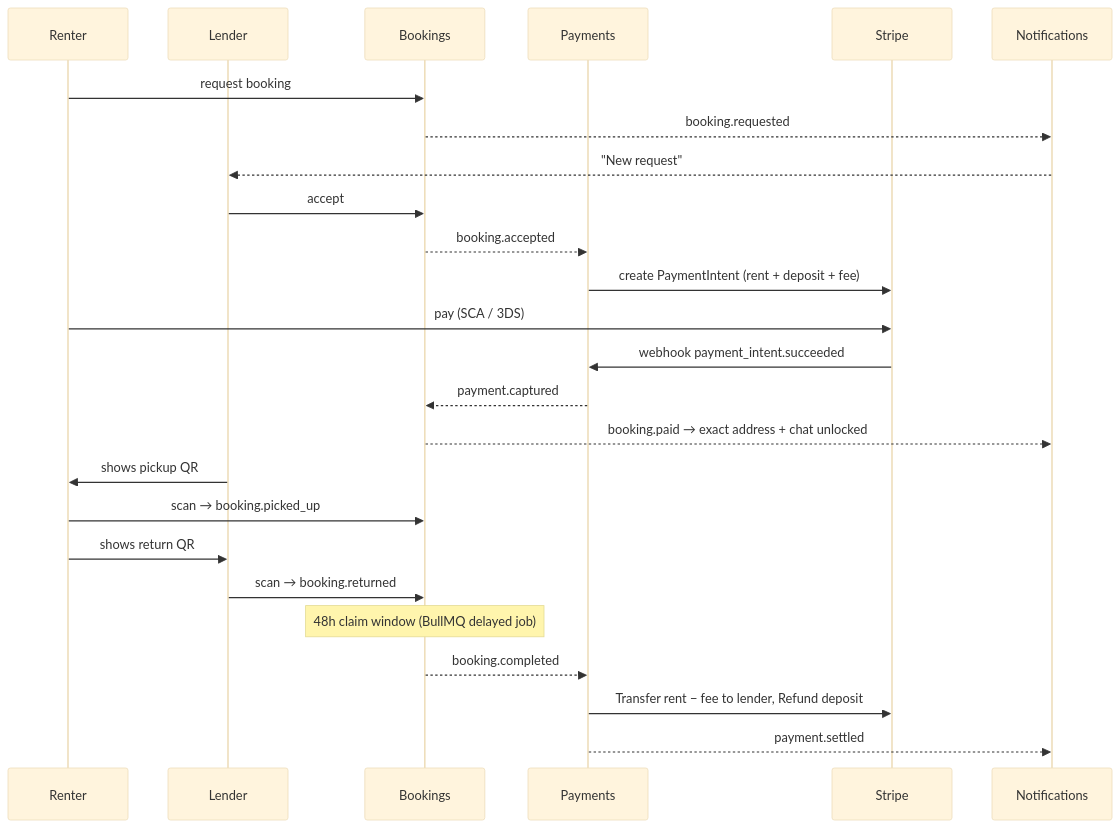
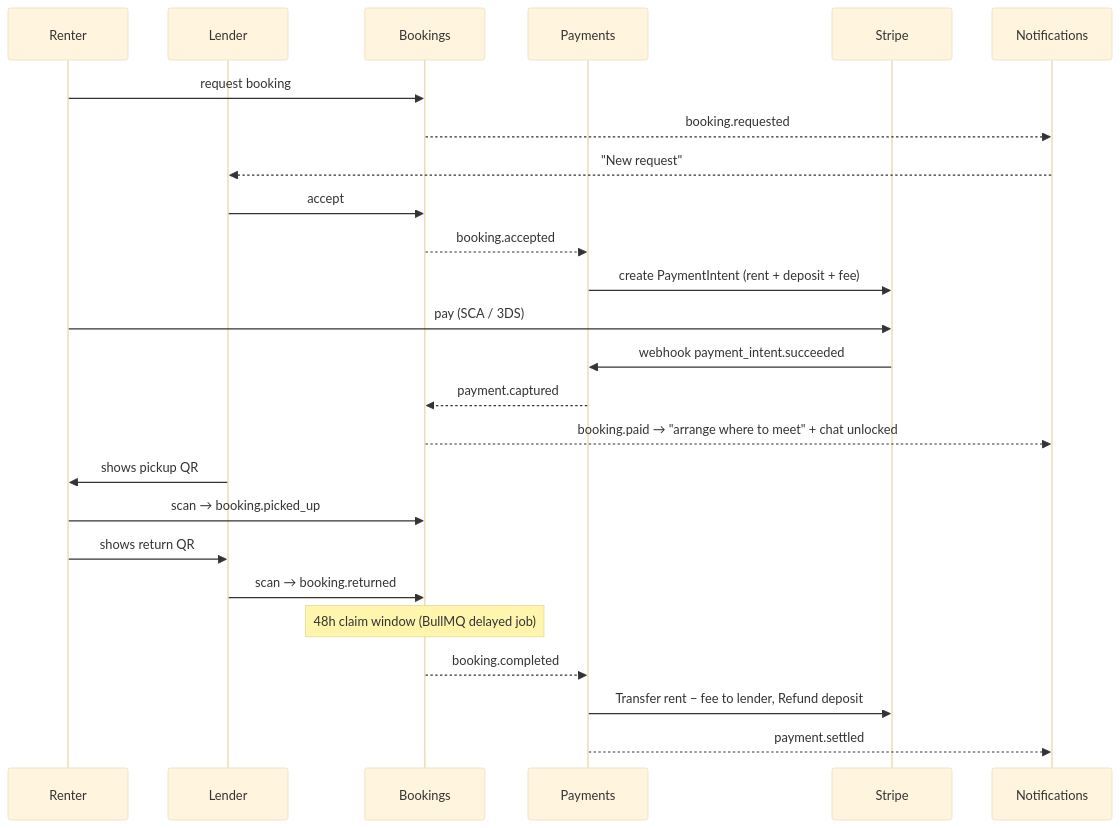
The fourth of 4 diagrams in docs/ARCHITECTURE.md (pavlmarg/BorrowBox), drawn with Mermaid (base theme) before and after one commit. The commit also changed other lines of this file and 7 other files, not shown here.

````diff
--- a/docs/ARCHITECTURE.md
+++ b/docs/ARCHITECTURE.md
@@ -194,28 +206,28 @@
 ```mermaid
 sequenceDiagram
     participant R as Renter
     participant L as Lender
     participant B as Bookings
     participant P as Payments
     participant S as Stripe
     participant N as Notifications
 
     R->>B: request booking
     B-->>N: booking.requested
     N-->>L: "New request"
     L->>B: accept
     B-->>P: booking.accepted
     P->>S: create PaymentIntent (rent + deposit + fee)
     R->>S: pay (SCA / 3DS)
     S->>P: webhook payment_intent.succeeded
     P-->>B: payment.captured
-    B-->>N: booking.paid → exact address + chat unlocked
+    B-->>N: booking.paid → "arrange where to meet" + chat unlocked
     L->>R: shows pickup QR
     R->>B: scan → booking.picked_up
     R->>L: shows return QR
     L->>B: scan → booking.returned
     Note over B: 48h claim window (BullMQ delayed job)
     B-->>P: booking.completed
     P->>S: Transfer rent − fee to lender, Refund deposit
     P-->>N: payment.settled
 ```
````
